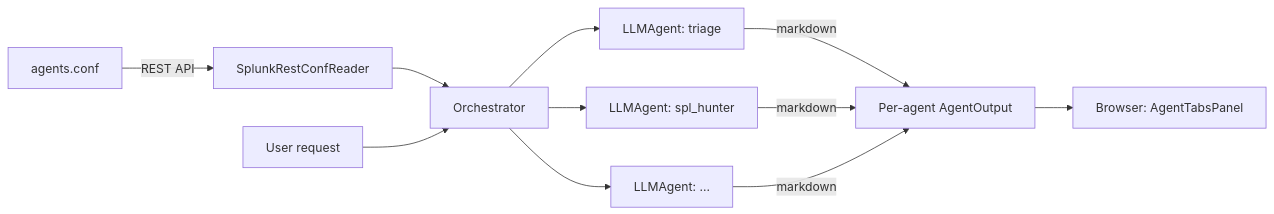
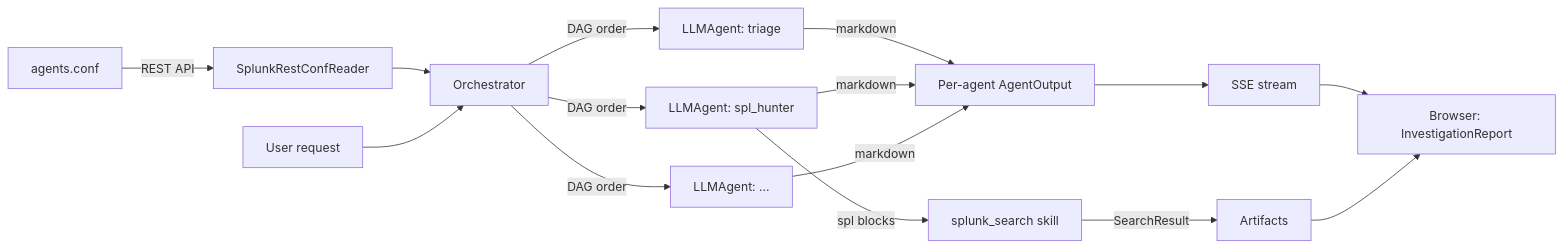
The diagram in docs/ARCHITECTURE.md (deensdrums/splunk-agent-mesh), drawn with Mermaid before and after one commit. The commit also changed other lines of this file and 7 other files, not shown here.

````diff
--- a/docs/ARCHITECTURE.md
+++ b/docs/ARCHITECTURE.md
@@ -61,11 +68,15 @@
 ```mermaid
 graph LR
     A[agents.conf] -->|REST API| B[SplunkRestConfReader]
     B --> C[Orchestrator]
     D[User request] --> C
-    C --> E1[LLMAgent: triage]
-    C --> E2[LLMAgent: spl_hunter]
-    C --> E3[LLMAgent: ...]
-    E1 & E2 & E3 -->|markdown| F[Per-agent AgentOutput]
-    F --> G[Browser: AgentTabsPanel]
+    C -->|DAG order| E1[LLMAgent: triage]
+    C -->|DAG order| E2[LLMAgent: spl_hunter]
+    C -->|DAG order| E3[LLMAgent: ...]
+    E2 -->|spl blocks| F[splunk_search skill]
+    F -->|SearchResult| G[Artifacts]
+    E1 & E2 & E3 -->|markdown| H[Per-agent AgentOutput]
+    H --> I[SSE stream]
+    I --> J[Browser: InvestigationReport]
+    G --> J
 ```
````
